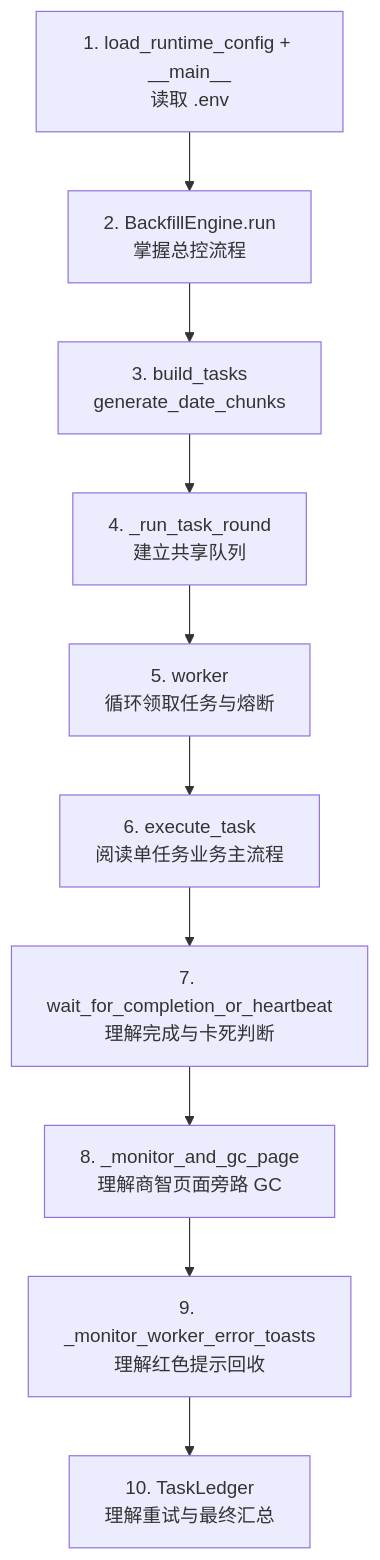
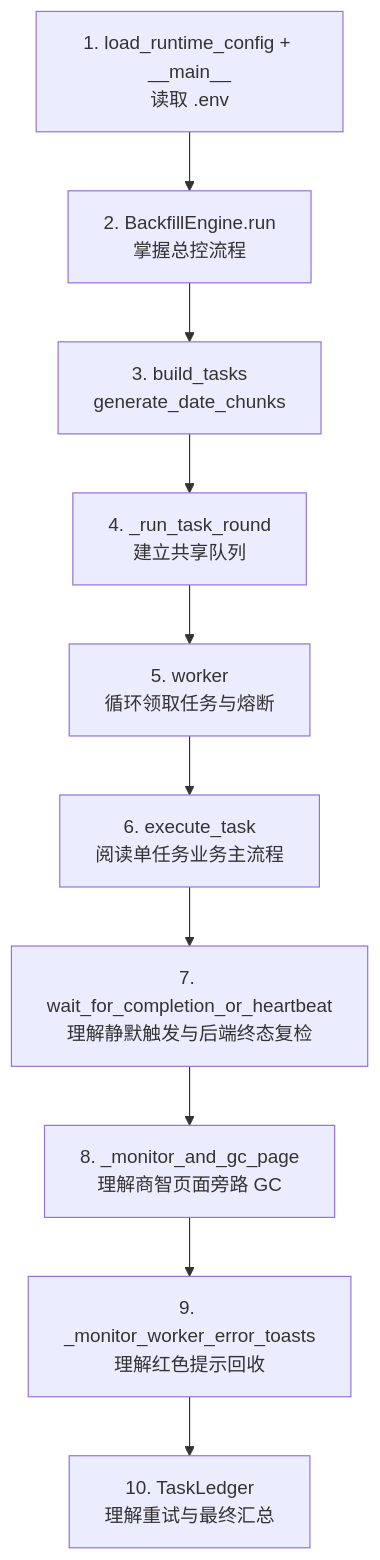
The third of 14 diagrams in ARCHITECTURE.md (liao084/BitBrowser-Backfill-Engine), drawn with Mermaid before and after one commit. The commit also changed other lines of this file and 2 other files, not shown here.

````diff
--- a/ARCHITECTURE.md
+++ b/ARCHITECTURE.md
@@ -119,12 +119,12 @@
 ```mermaid
 flowchart TD
     A["1. load_runtime_config + __main__<br/>读取 .env"] --> B["2. BackfillEngine.run<br/>掌握总控流程"]
     B --> C["3. build_tasks<br/>generate_date_chunks"]
     C --> D["4. _run_task_round<br/>建立共享队列"]
     D --> E["5. worker<br/>循环领取任务与熔断"]
     E --> F["6. execute_task<br/>阅读单任务业务主流程"]
-    F --> G["7. wait_for_completion_or_heartbeat<br/>理解完成与卡死判断"]
+    F --> G["7. wait_for_completion_or_heartbeat<br/>理解静默触发与后端终态复检"]
     G --> H["8. _monitor_and_gc_page<br/>理解商智页面旁路 GC"]
     H --> I["9. _monitor_worker_error_toasts<br/>理解红色提示回收"]
     I --> J["10. TaskLedger<br/>理解重试与最终汇总"]
 ```
````
